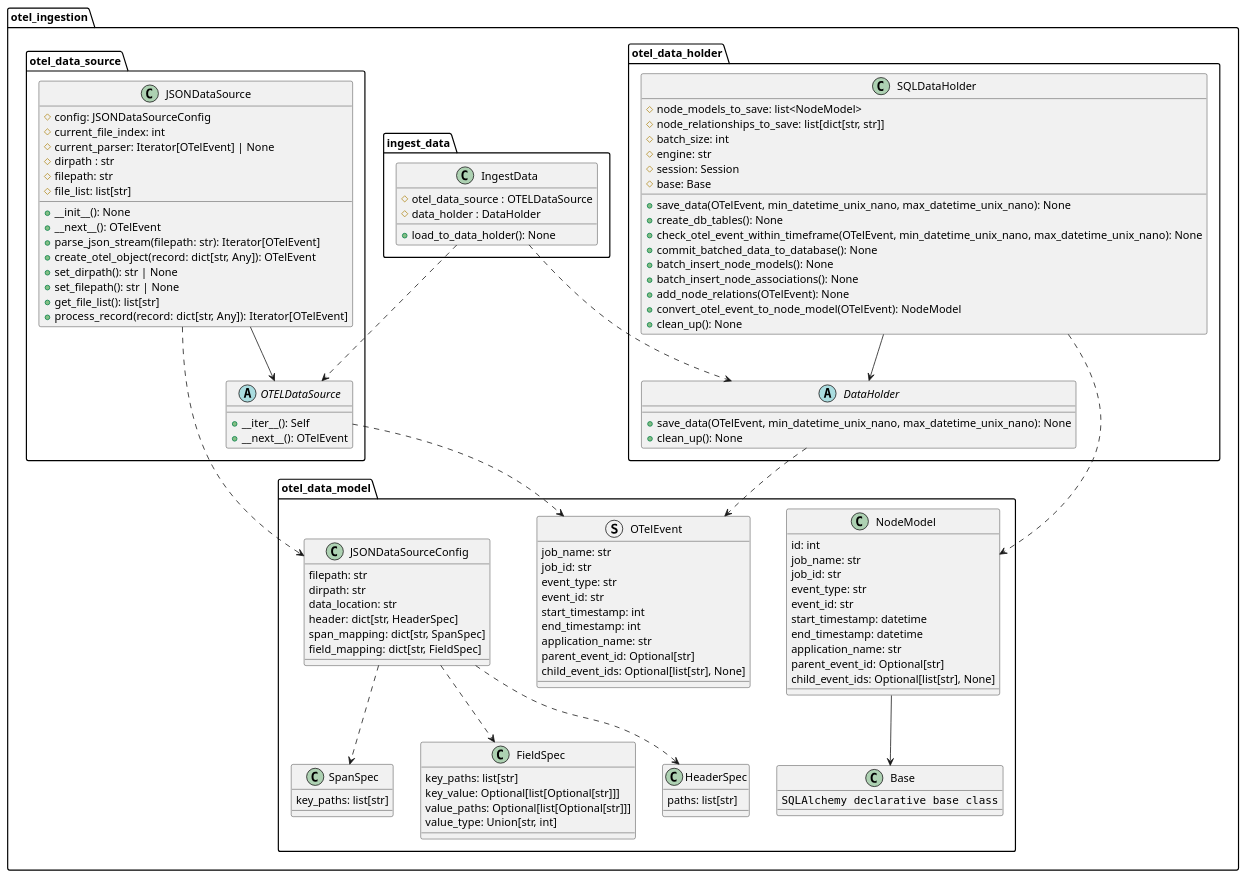
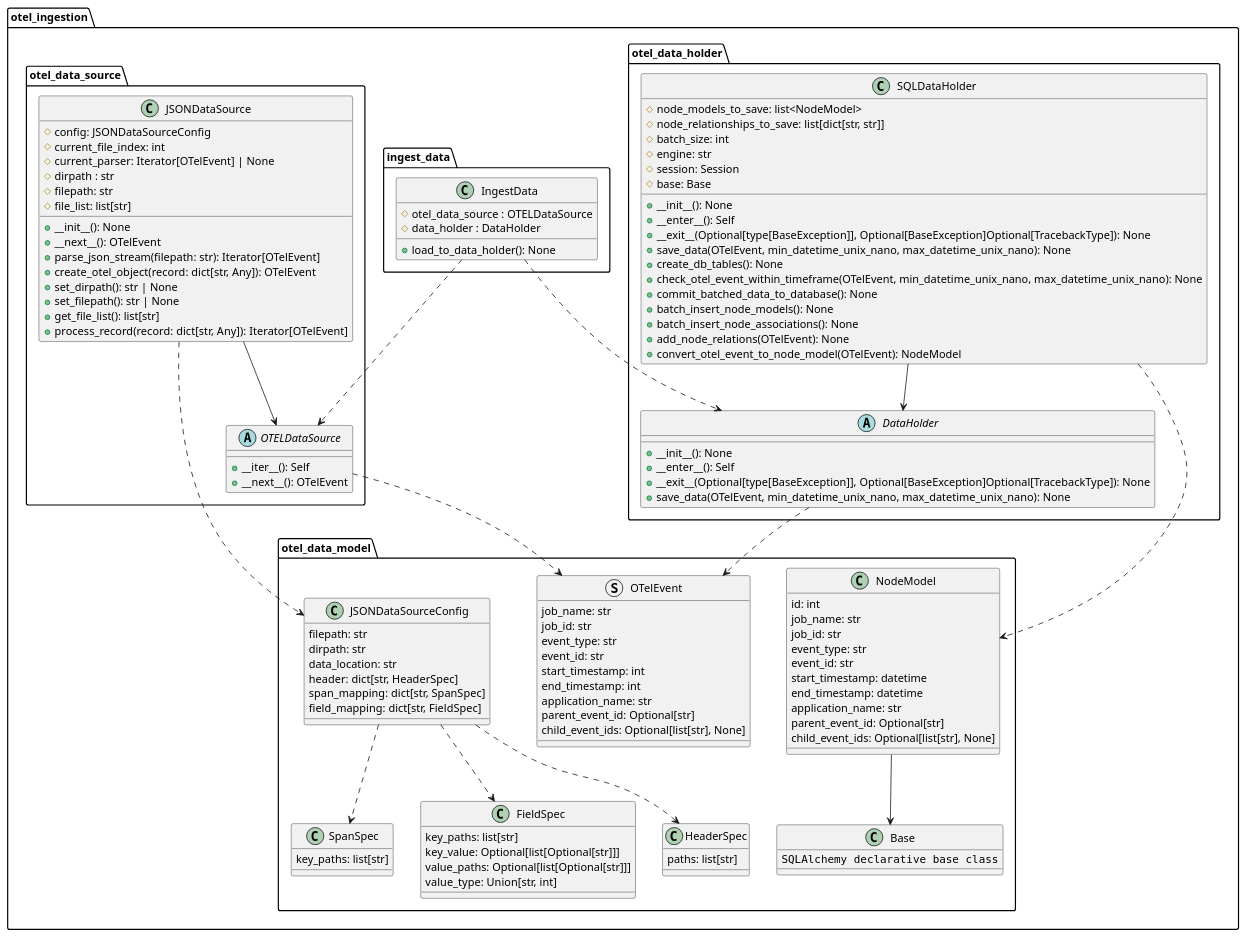
Before and after one commit to xtuml/otel2puml: the diagram in docs/development/design/3-DN-Retrieving_unique_graphs_from_Otel_data/class_diagrams.puml, drawn with PlantUML. The commit also changed 4 other files, not shown here.

```diff
--- a/docs/development/design/3-DN-Retrieving_unique_graphs_from_Otel_data/class_diagrams.puml
+++ b/docs/development/design/3-DN-Retrieving_unique_graphs_from_Otel_data/class_diagrams.puml
@@ -1,130 +1,134 @@
 @startuml
 
 struct otel_ingestion.otel_data_model.OTelEvent {
     job_name: str
     job_id: str
     event_type: str
     event_id: str
     start_timestamp: int
     end_timestamp: int
     application_name: str
     parent_event_id: Optional[str]
     child_event_ids: Optional[list[str], None]
 }
 
 abstract class otel_ingestion.otel_data_source.OTELDataSource {
     +__iter__(): Self
     +__next__(): OTelEvent
 }
 
 class otel_ingestion.otel_data_source.JSONDataSource {
     #config: JSONDataSourceConfig
     #current_file_index: int
     #current_parser: Iterator[OTelEvent] | None
     #dirpath : str
     #filepath: str
     #file_list: list[str]
     +__init__(): None
     +__next__(): OTelEvent
     +parse_json_stream(filepath: str): Iterator[OTelEvent]
     +create_otel_object(record: dict[str, Any]): OTelEvent
     +set_dirpath(): str | None
     +set_filepath(): str | None
     +get_file_list(): list[str]
     +process_record(record: dict[str, Any]): Iterator[OTelEvent]
 }
 
 class otel_ingestion.otel_data_holder.SQLDataHolder {
     #node_models_to_save: list<NodeModel>
     #node_relationships_to_save: list[dict[str, str]]
     #batch_size: int
     #engine: str
     #session: Session
     #base: Base
+    +__init__(): None
+    +__enter__(): Self
+    +__exit__(Optional[type[BaseException]], Optional[BaseException]Optional[TracebackType]): None
     +save_data(OTelEvent, min_datetime_unix_nano, max_datetime_unix_nano): None
     +create_db_tables(): None
     +check_otel_event_within_timeframe(OTelEvent, min_datetime_unix_nano, max_datetime_unix_nano): None
     +commit_batched_data_to_database(): None
     +batch_insert_node_models(): None
     +batch_insert_node_associations(): None
     +add_node_relations(OTelEvent): None
     +convert_otel_event_to_node_model(OTelEvent): NodeModel
-    +clean_up(): None
 }
 
 class otel_ingestion.otel_data_model.NodeModel {
     id: int
     job_name: str
     job_id: str
     event_type: str
     event_id: str
     start_timestamp: datetime
     end_timestamp: datetime
     application_name: str
     parent_event_id: Optional[str]
     child_event_ids: Optional[list[str], None]
 }
 
 class otel_ingestion.otel_data_model.Base {
     ""SQLAlchemy declarative base class""
 }
 
 abstract class otel_ingestion.otel_data_holder.DataHolder {
+    +__init__(): None
+    +__enter__(): Self
+    +__exit__(Optional[type[BaseException]], Optional[BaseException]Optional[TracebackType]): None
     +save_data(OTelEvent, min_datetime_unix_nano, max_datetime_unix_nano): None
-    +clean_up(): None
 }
 
 class otel_ingestion.ingest_data.IngestData {
     #otel_data_source : OTELDataSource
     #data_holder : DataHolder
     +load_to_data_holder(): None
 }
 
 class otel_ingestion.otel_data_model.JSONDataSourceConfig {
     filepath: str
     dirpath: str
     data_location: str
     header: dict[str, HeaderSpec]
     span_mapping: dict[str, SpanSpec]
     field_mapping: dict[str, FieldSpec]
 }
 
 class otel_ingestion.otel_data_model.HeaderSpec {
     paths: list[str]
 }
 
 class otel_ingestion.otel_data_model.SpanSpec {
     key_paths: list[str]
 }
 
 class otel_ingestion.otel_data_model.FieldSpec {
     key_paths: list[str]
     key_value: Optional[list[Optional[str]]]
     value_paths: Optional[list[Optional[str]]]
     value_type: Union[str, int]
 }
 
 otel_ingestion.ingest_data.IngestData ..> otel_ingestion.otel_data_source.OTELDataSource
 
 otel_ingestion.ingest_data.IngestData ..> otel_ingestion.otel_data_holder.DataHolder
 
 otel_ingestion.otel_data_source.OTELDataSource ..> otel_ingestion.otel_data_model.OTelEvent
 
 otel_ingestion.otel_data_source.JSONDataSource --> otel_ingestion.otel_data_source.OTELDataSource
 
 otel_ingestion.otel_data_holder.SQLDataHolder --> otel_ingestion.otel_data_holder.DataHolder
 
 otel_ingestion.otel_data_holder.SQLDataHolder ..> otel_ingestion.otel_data_model.NodeModel
 
 otel_ingestion.otel_data_model.NodeModel --> otel_ingestion.otel_data_model.Base
 
 otel_ingestion.otel_data_holder.DataHolder ..> otel_ingestion.otel_data_model.OTelEvent
 
 otel_ingestion.otel_data_source.JSONDataSource ..> otel_ingestion.otel_data_model.JSONDataSourceConfig
 
 otel_ingestion.otel_data_model.JSONDataSourceConfig ..> otel_ingestion.otel_data_model.HeaderSpec
 
 otel_ingestion.otel_data_model.JSONDataSourceConfig ..> otel_ingestion.otel_data_model.SpanSpec
 
 otel_ingestion.otel_data_model.JSONDataSourceConfig ..> otel_ingestion.otel_data_model.FieldSpec
 @enduml
```
